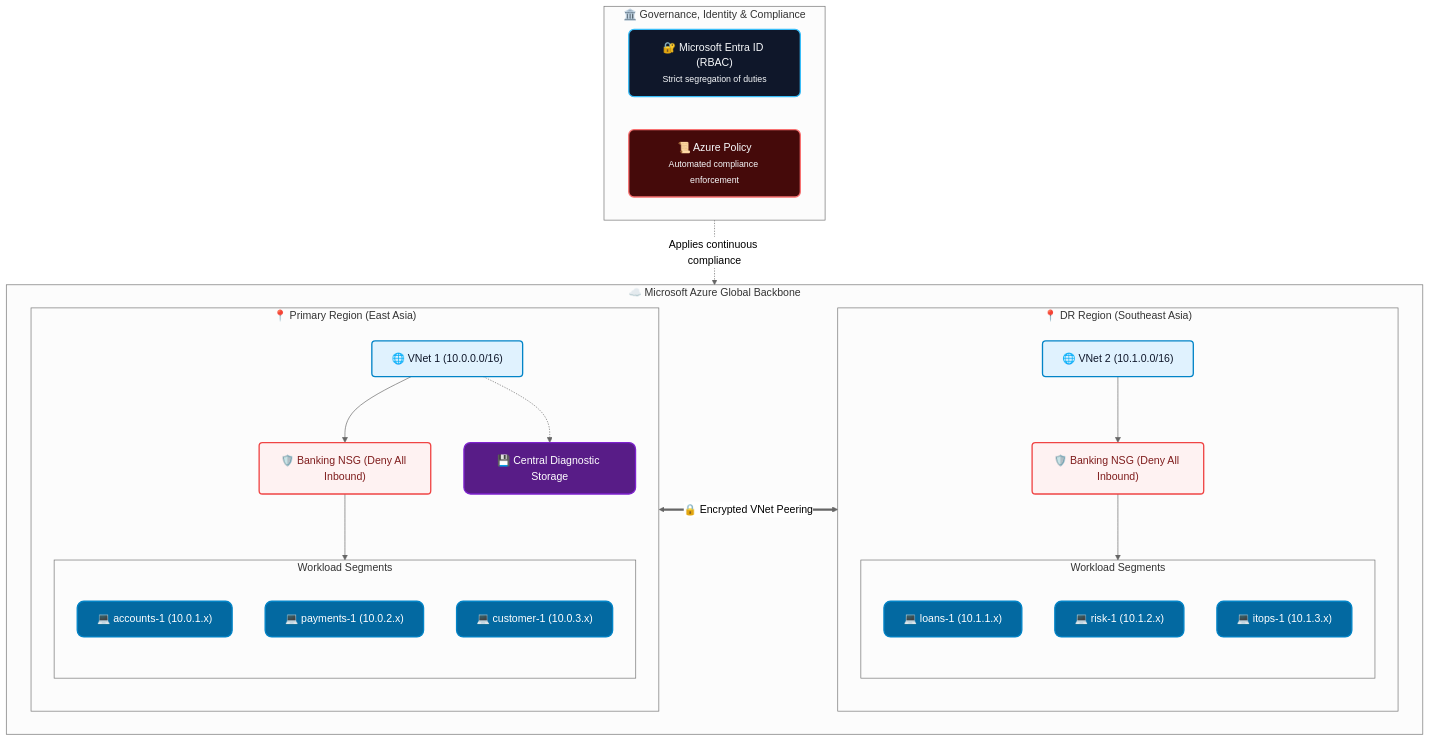
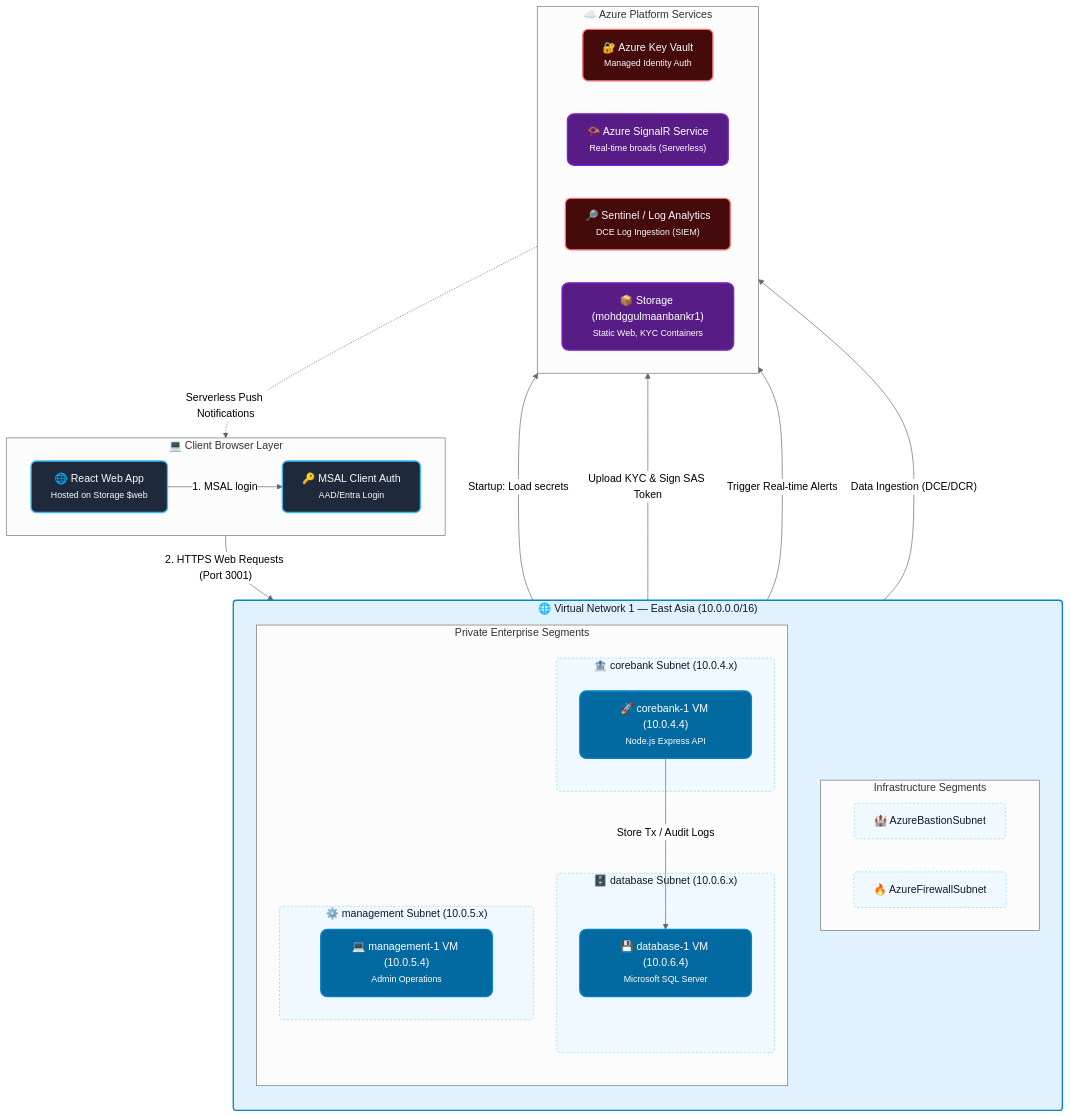
The first of 4 diagrams in ARCHITECTURE.md (gulmaan87/Azure-banking-system), drawn with Mermaid (neutral theme) before and after one commit. The commit also changed other lines of this file and 1 other file, not shown here.

````diff
--- a/ARCHITECTURE.md
+++ b/ARCHITECTURE.md
@@ -11,63 +11,65 @@
 ```mermaid
 flowchart TB
-    classDef identity fill:#0f172a,stroke:#38bdf8,stroke-width:2px,color:#f8fafc,rx:8,ry:8
-    classDef policy fill:#450a0a,stroke:#f87171,stroke-width:2px,color:#f8fafc,rx:8,ry:8
-    classDef azureCloud fill:#f8fafc,stroke:#0284c7,stroke-width:2px,stroke-dasharray: 5 5,color:#0f172a
-    classDef region fill:#ffffff,stroke:#0ea5e9,stroke-width:2px,color:#0f172a,rx:8,ry:8
+    %% --- Custom Styles ---
+    classDef client fill:#1e293b,stroke:#38bdf8,stroke-width:2px,color:#f8fafc,rx:8,ry:8
+    classDef firewall fill:#b91c1c,stroke:#ef4444,stroke-width:2px,color:#ffffff,rx:5,ry:5
     classDef vnet fill:#e0f2fe,stroke:#0284c7,stroke-width:2px,color:#0f172a,rx:5,ry:5
     classDef subnet fill:#f0f9ff,stroke:#7dd3fc,stroke-width:1px,color:#0f172a,stroke-dasharray: 3 3,rx:5,ry:5
-    classDef nsg fill:#fef2f2,stroke:#ef4444,stroke-width:2px,color:#7f1d1d,rx:5,ry:5
     classDef vm fill:#0369a1,stroke:#0284c7,stroke-width:2px,color:#ffffff,rx:10,ry:10
     classDef storage fill:#581c87,stroke:#7e22ce,stroke-width:2px,color:#ffffff,rx:10,ry:10
+    classDef db fill:#0f766e,stroke:#0d9488,stroke-width:2px,color:#ffffff,rx:10,ry:10
+    classDef security fill:#450a0a,stroke:#f87171,stroke-width:2px,color:#f8fafc,rx:8,ry:8
 
-    subgraph Governance["🏛️ Governance, Identity & Compliance"]
+    subgraph ClientSpace["💻 Client Browser Layer"]
         direction LR
-        RBAC["🔐 Microsoft Entra ID (RBAC)<br/><small>Strict segregation of duties</small>"]:::identity
-        Policy["📜 Azure Policy<br/><small>Automated compliance enforcement</small>"]:::policy
+        Portal["🌐 React Web App<br/><small>Hosted on Storage $web</small>"]:::client
+        MSAL["🔑 MSAL Client Auth<br/><small>AAD/Entra Login</small>"]:::client
     end
 
-    subgraph AzureCloud["☁️ Microsoft Azure Global Backbone"]
-        direction LR
-
-        %% REGION 1
-        subgraph Region1["📍 Primary Region (East Asia)"]
-            direction TB
-            VNet1["🌐 VNet 1 (10.0.0.0/16)"]:::vnet
-            NSG1["🛡️ Banking NSG (Deny All Inbound)"]:::nsg
-            
-            subgraph Subnets1["Workload Segments"]
-                direction TB
-                VM1A["💻 accounts-1 (10.0.1.x)"]:::vm
-                VM1B["💻 payments-1 (10.0.2.x)"]:::vm
-                VM1C["💻 customer-1 (10.0.3.x)"]:::vm
-            end
-            
-            Storage["💾 Central Diagnostic Storage"]:::storage
-
-            VNet1 --> NSG1
-            NSG1 --> Subnets1
-            VNet1 -.-> Storage
+    subgraph VNetPrimary["🌐 Virtual Network 1 — East Asia (10.0.0.0/16)"]
+        direction TB
+        
+        subgraph InfraSubnets["Infrastructure Segments"]
+            direction LR
+            BastionSub["🏰 AzureBastionSubnet"]:::subnet
+            FirewallSub["🔥 AzureFirewallSubnet"]:::subnet
         end
 
-        %% REGION 2
-        subgraph Region2["📍 DR Region (Southeast Asia)"]
+        subgraph PrivateWorkloads["Private Enterprise Segments"]
             direction TB
-            VNet2["🌐 VNet 2 (10.1.0.0/16)"]:::vnet
-            NSG2["🛡️ Banking NSG (Deny All Inbound)"]:::nsg
             
-            subgraph Subnets2["Workload Segments"]
-                direction TB
-                VM2A["💻 loans-1 (10.1.1.x)"]:::vm
-                VM2B["💻 risk-1 (10.1.2.x)"]:::vm
-                VM2C["💻 itops-1 (10.1.3.x)"]:::vm
+            subgraph CoreBankSub["🏦 corebank Subnet (10.0.4.x)"]
+                API["🚀 corebank-1 VM (10.0.4.4)<br/><small>Node.js Express API</small>"]:::vm
             end
 
-            VNet2 --> NSG2
-            NSG2 --> Subnets2
+            subgraph DatabaseSub["🗄️ database Subnet (10.0.6.x)"]
+                DB["💾 database-1 VM (10.0.6.4)<br/><small>Microsoft SQL Server</small>"]:::vm
+            end
+
+            subgraph MgmtSub["⚙️ management Subnet (10.0.5.x)"]
+                MGMT["💻 management-1 VM (10.0.5.4)<br/><small>Admin Operations</small>"]:::vm
+            end
         end
+    end
 
-        Region1 <==>|"🔒 Encrypted VNet Peering"| Region2
+    subgraph ExternalServices["☁️ Azure Platform Services"]
+        direction LR
+        KeyVault["🔐 Azure Key Vault<br/><small>Managed Identity Auth</small>"]:::security
+        SignalR["📯 Azure SignalR Service<br/><small>Real-time broads (Serverless)</small>"]:::storage
+        Sentinel["🔎 Sentinel / Log Analytics<br/><small>DCE Log Ingestion (SIEM)</small>"]:::security
+        StorageAcc["📦 Storage (mohdggulmaanbankr1)<br/><small>Static Web, KYC Containers</small>"]:::storage
     end
+
+    %% Routing
+    Portal -->|"1. MSAL login"| MSAL
+    Portal -->|"2. HTTPS Web Requests (Port 3001)"| API
+    API -->|"Startup: Load secrets"| KeyVault
+    API -->|"Store Tx / Audit Logs"| DB
+    API -->|"Upload KYC & Sign SAS Token"| StorageAcc
+    API -->|"Trigger Real-time Alerts"| SignalR
+    SignalR -.->|"Serverless Push Notifications"| Portal
+    API -->|"Data Ingestion (DCE/DCR)"| Sentinel
     
-    Governance -.->|"Applies continuous compliance"| AzureCloud
+    class VNetPrimary vnet
+    class CoreBankSub,DatabaseSub,MgmtSub subnet
 ```
````
